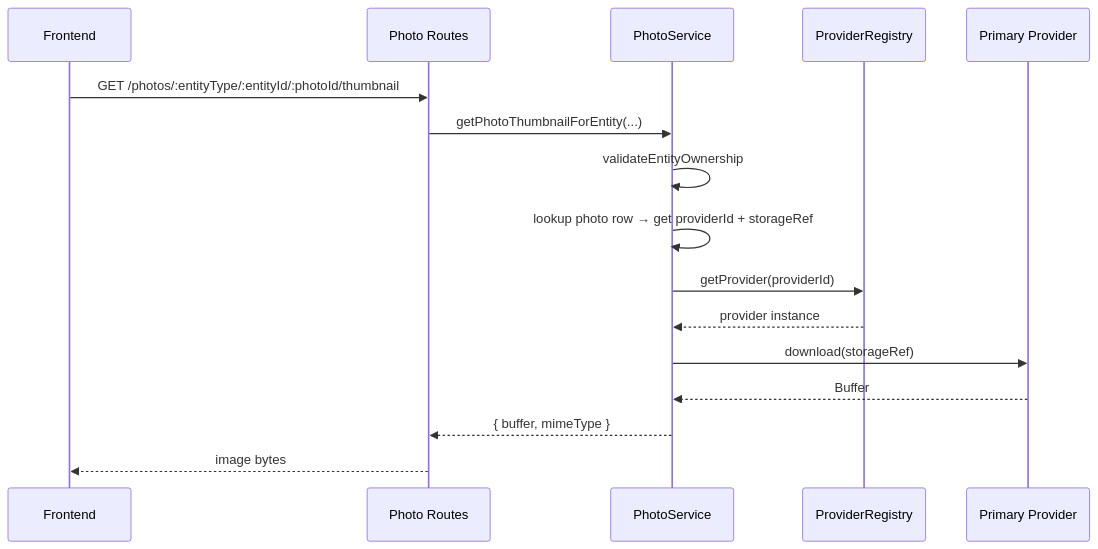
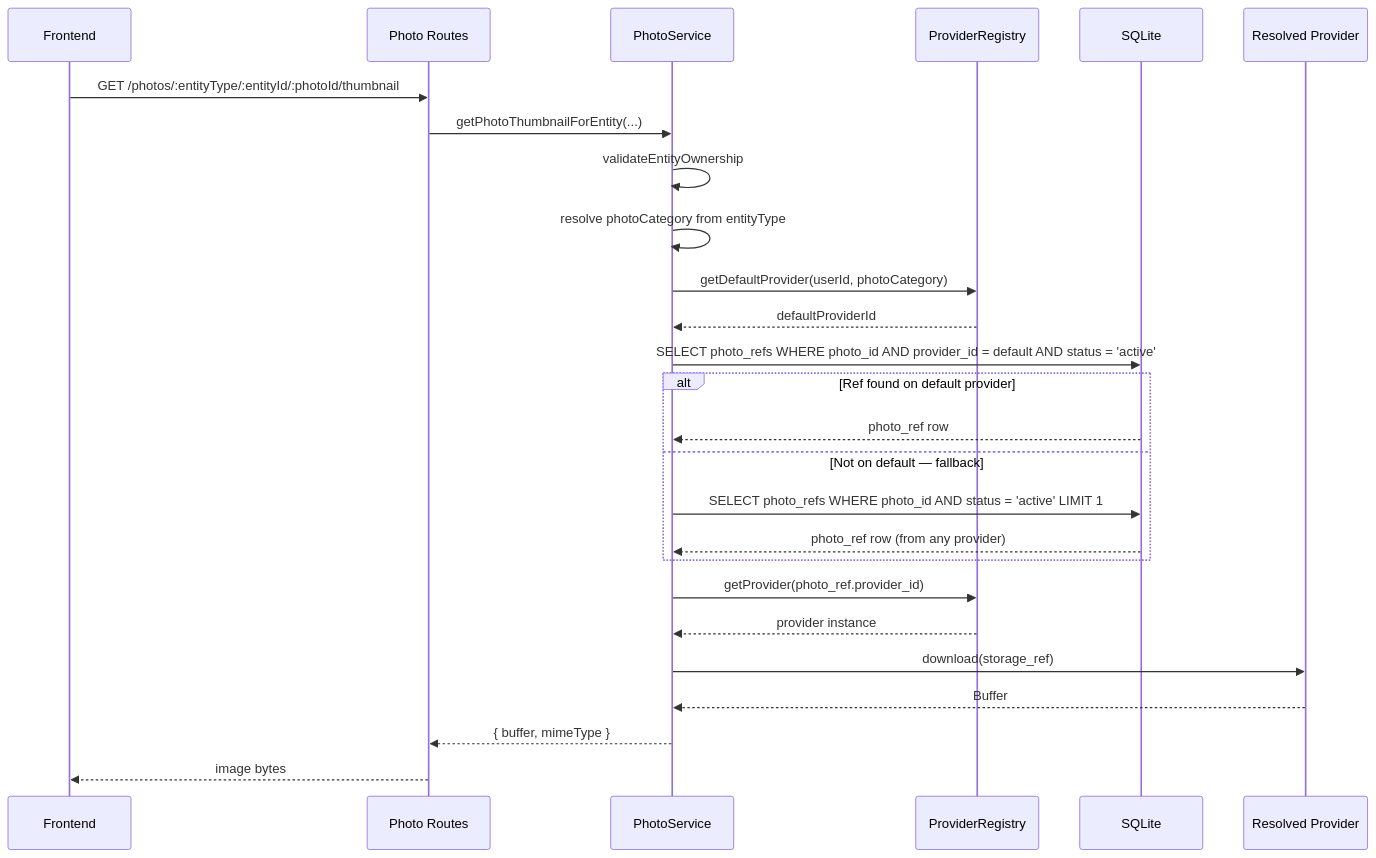
One commit to OnlyOneByte/VROOM changed the second of 2 diagrams in .kiro/specs/photo-provider-abstraction/design.md. Above: the diagram before and after it, drawn with Mermaid. The commit also changed other lines of this file and 169 other files, not shown here.

````diff
--- a/.kiro/specs/photo-provider-abstraction/design.md
+++ b/.kiro/specs/photo-provider-abstraction/design.md
@@ -89,19 +96,29 @@
 ```mermaid
 sequenceDiagram
     participant FE as Frontend
     participant API as Photo Routes
     participant PS as PhotoService
     participant Reg as ProviderRegistry
-    participant Provider as Primary Provider
+    participant DB as SQLite
+    participant Provider as Resolved Provider
 
     FE->>API: GET /photos/:entityType/:entityId/:photoId/thumbnail
     API->>PS: getPhotoThumbnailForEntity(...)
     PS->>PS: validateEntityOwnership
-    PS->>PS: lookup photo row → get providerId + storageRef
-    PS->>Reg: getProvider(providerId)
+    PS->>PS: resolve photoCategory from entityType
+    PS->>Reg: getDefaultProvider(userId, photoCategory)
+    Reg-->>PS: defaultProviderId
+    PS->>DB: SELECT photo_refs WHERE photo_id AND provider_id = default AND status = 'active'
+    alt Ref found on default provider
+        DB-->>PS: photo_ref row
+    else Not on default — fallback
+        PS->>DB: SELECT photo_refs WHERE photo_id AND status = 'active' LIMIT 1
+        DB-->>PS: photo_ref row (from any provider)
+    end
+    PS->>Reg: getProvider(photo_ref.provider_id)
     Reg-->>PS: provider instance
-    PS->>Provider: download(storageRef)
+    PS->>Provider: download(storage_ref)
     Provider-->>PS: Buffer
     PS-->>API: { buffer, mimeType }
     API-->>FE: image bytes
 ```
````
